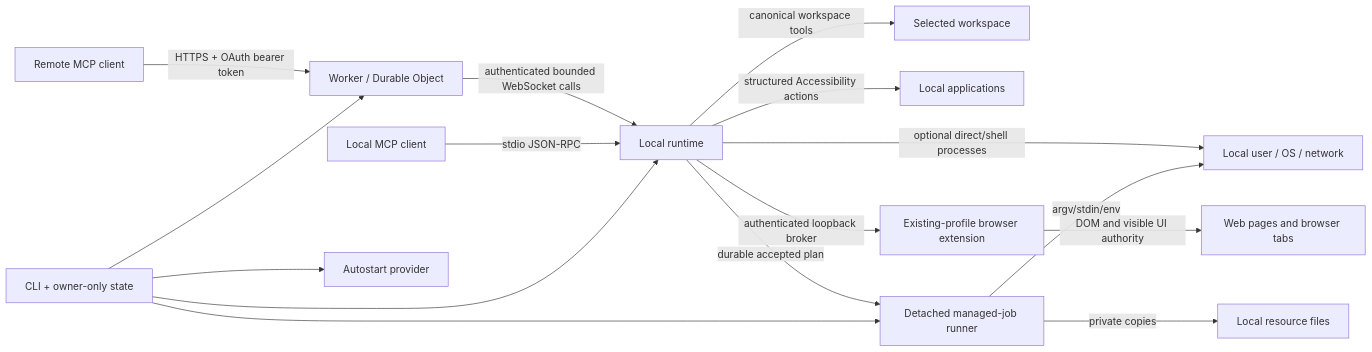
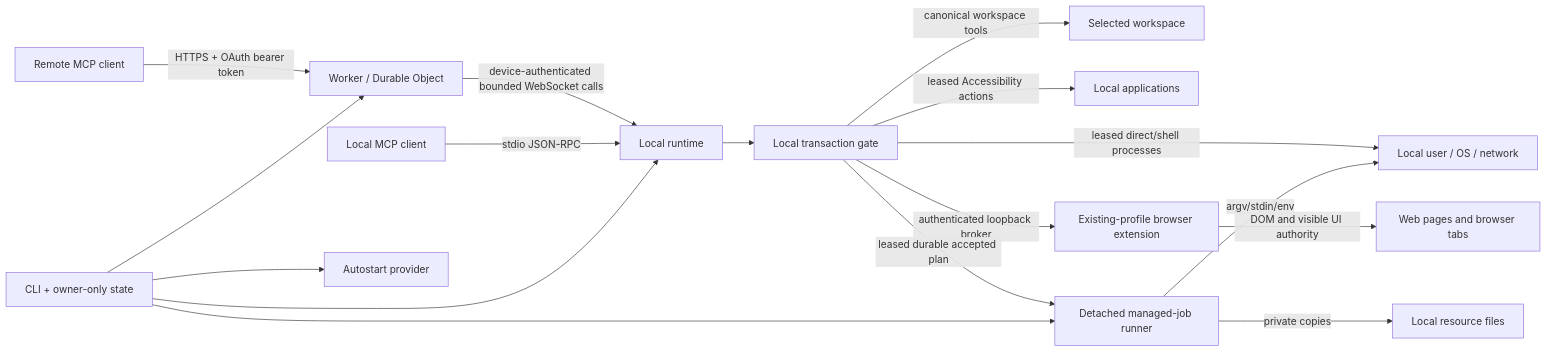
The diagram in docs/ARCHITECTURE.md (YuLeiFuYun/machine-bridge-mcp), drawn with Mermaid before and after one commit. The commit also changed other lines of this file and 57 other files, not shown here.

````diff
--- a/docs/ARCHITECTURE.md
+++ b/docs/ARCHITECTURE.md
@@ -131,18 +138,19 @@
 ```mermaid
 flowchart LR
   C[Remote MCP client] -->|HTTPS + OAuth bearer token| W[Worker / Durable Object]
-  W -->|authenticated bounded WebSocket calls| R[Local runtime]
+  W -->|device-authenticated bounded WebSocket calls| R[Local runtime]
   L[Local MCP client] -->|stdio JSON-RPC| R
-  R -->|canonical workspace tools| F[Selected workspace]
-  R -->|optional direct/shell processes| P[Local user / OS / network]
-  R -->|structured Accessibility actions| A[Local applications]
-  R -->|authenticated loopback broker| B[Existing-profile browser extension]
+  R --> T[Local transaction gate]
+  T -->|canonical workspace tools| F[Selected workspace]
+  T -->|leased direct/shell processes| P[Local user / OS / network]
+  T -->|leased Accessibility actions| A[Local applications]
+  T -->|authenticated loopback broker| B[Existing-profile browser extension]
   B -->|DOM and visible UI authority| WB[Web pages and browser tabs]
-  R -->|durable accepted plan| J[Detached managed-job runner]
+  T -->|leased durable accepted plan| J[Detached managed-job runner]
   J -->|private copies| LR[Local resource files]
   J -->|argv/stdin/env| P
   CLI[CLI + owner-only state] --> W
   CLI --> R
   CLI --> J
   CLI --> S[Autostart provider]
 ```
````
